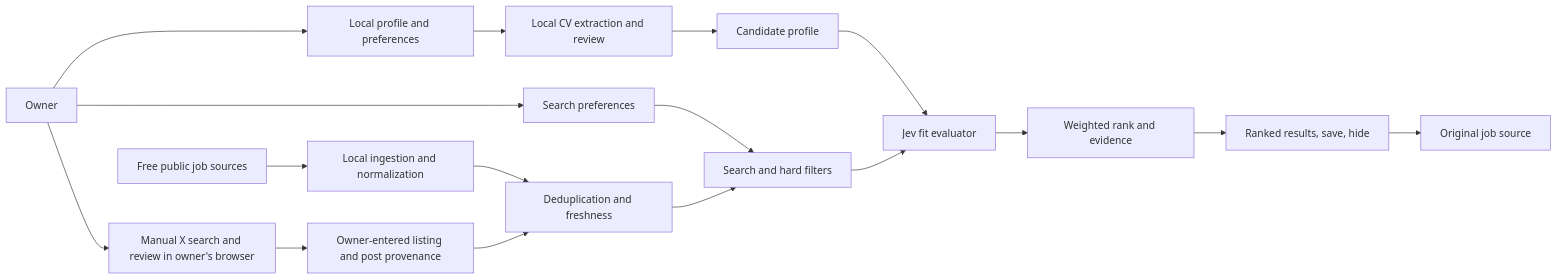
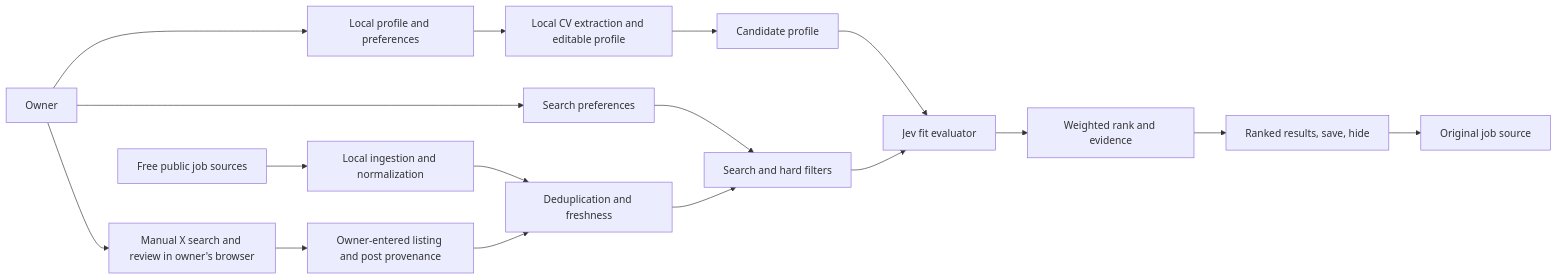
One commit to jmsb505/clue-ai changed the diagram in docs/architecture/overview.md. Above: the diagram before and after it, drawn with Mermaid. The commit also changed other lines of this file and 24 other files, not shown here.

````diff
--- a/docs/architecture/overview.md
+++ b/docs/architecture/overview.md
@@ -14,19 +14,19 @@
 ```mermaid
 flowchart LR
     U[Owner] --> A[Local profile and preferences]
-    A --> P[Local CV extraction and review]
+    A --> P[Local CV extraction and editable profile]
     U --> Q[Search preferences]
     U --> X[Manual X search and review in owner's browser]
     X --> M[Owner-entered listing and post provenance]
     P --> S[Candidate profile]
     Q --> F[Search and hard filters]
     C[Free public job sources] --> I[Local ingestion and normalization]
     I --> D[Deduplication and freshness]
     D --> F
     M --> D
     S --> E[Jev fit evaluator]
     F --> E
     E --> R[Weighted rank and evidence]
     R --> V[Ranked results, save, hide]
     V --> O[Original job source]
 ```
````
